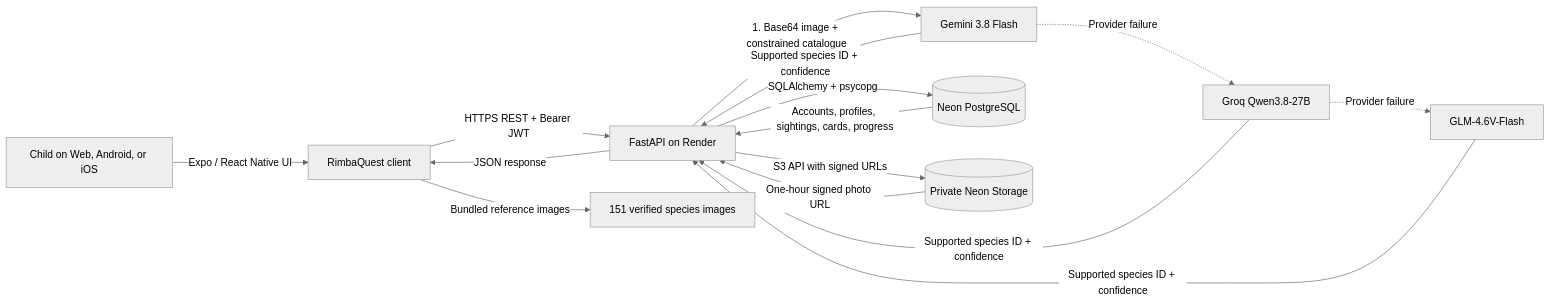
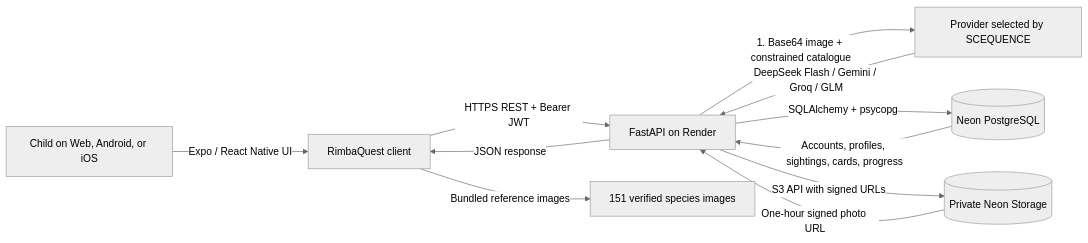
One commit to Sitozzmonash/FIT5120RimbaQuest changed the diagram in README.md. Above: the diagram before and after it, drawn with Mermaid (neutral theme). The commit also changed other lines of this file and 4 other files, not shown here.

First line of the commit message:
feat(vision): add DeepSeek Flash priority failover

````diff
--- a/README.md
+++ b/README.md
@@ -117,17 +117,13 @@
 ```mermaid
 flowchart LR
     U[Child on Web, Android, or iOS] -->|Expo / React Native UI| C[RimbaQuest client]
     C -->|HTTPS REST + Bearer JWT| A[FastAPI on Render]
-    A -->|1. Base64 image + constrained catalogue| G[Gemini 3.8 Flash]
-    G -.->|Provider failure| Q[Groq Qwen3.8-27B]
-    Q -.->|Provider failure| V[GLM-4.6V-Flash]
-    G -->|Supported species ID + confidence| A
-    Q -->|Supported species ID + confidence| A
-    V -->|Supported species ID + confidence| A
+    A -->|1. Base64 image + constrained catalogue| O[Provider selected by SCEQUENCE]
+    O -->|DeepSeek Flash / Gemini / Groq / GLM| A
     A -->|SQLAlchemy + psycopg| P[(Neon PostgreSQL)]
     A -->|S3 API with signed URLs| S[(Private Neon Storage)]
     P -->|Accounts, profiles, sightings, cards, progress| A
     S -->|One-hour signed photo URL| A
     A -->|JSON response| C
     C -->|Bundled reference images| B[151 verified species images]
 ```
````
